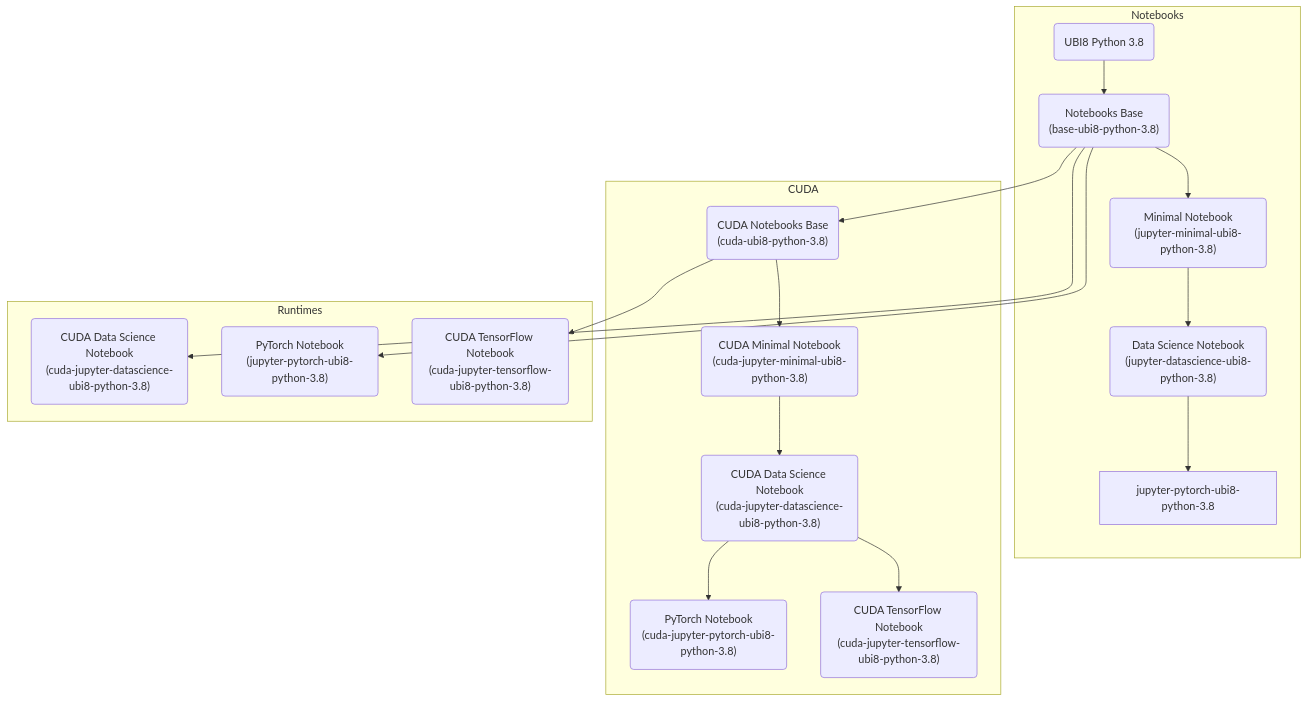
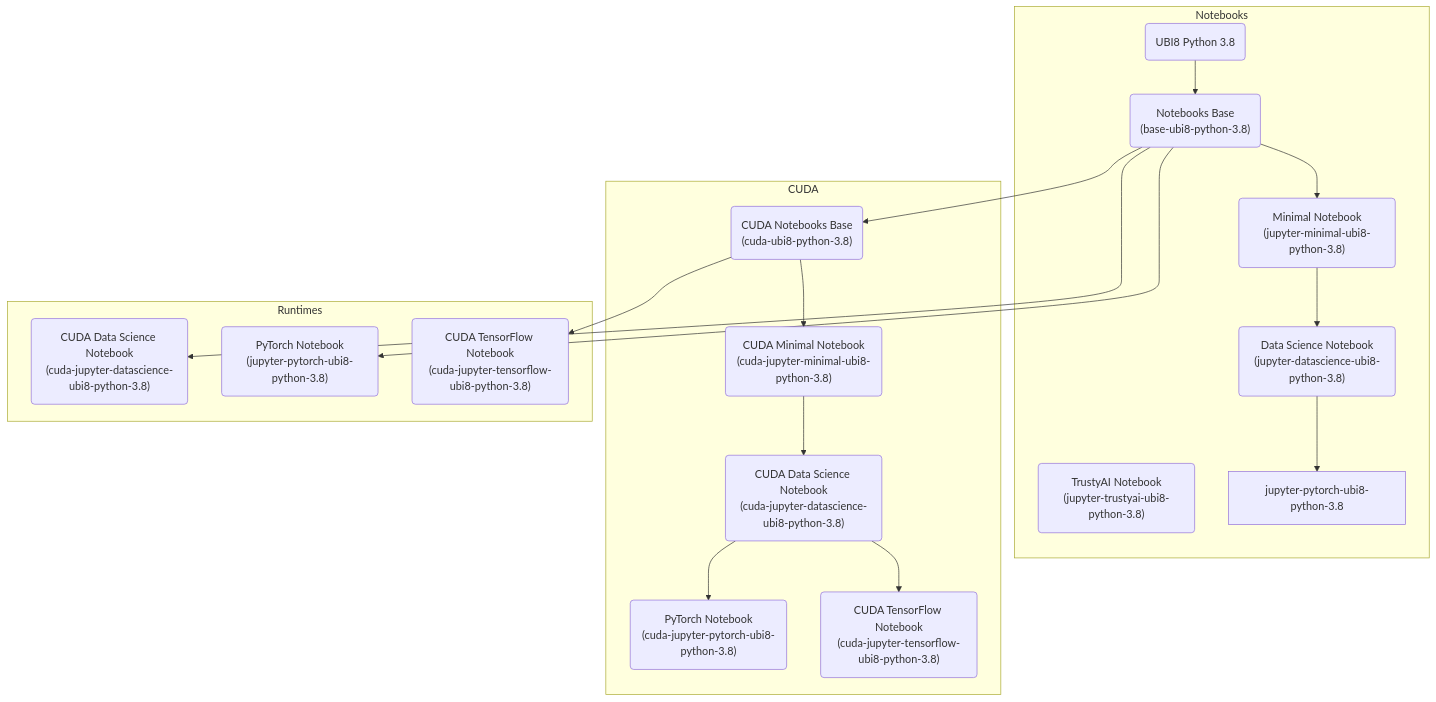
One commit to opendatahub-io/notebooks changed the first of 2 diagrams in README.md. Above: the diagram before and after it, drawn with Mermaid. The commit also changed 6 other files, not shown here.

Commit message:
add trustyai notebook for python 3.8

````diff
--- a/README.md
+++ b/README.md
@@ -11,44 +11,45 @@
 ```mermaid
 graph TB
     subgraph Notebooks
         %% Nodes
         ubi8-python-3.8(UBI8 Python 3.8);
         base-ubi8-python-3.8("Notebooks Base<br/>(base-ubi8-python-3.8)");
         jupyter-minimal-ubi8-python-3.8("Minimal Notebook<br/>(jupyter-minimal-ubi8-python-3.8)");
         jupyter-datascience-ubi8-python-3.8("Data Science Notebook<br/>(jupyter-datascience-ubi8-python-3.8)");
+        jupyter-trustyai-ubi8-python-3.8("TrustyAI Notebook<br/>(jupyter-trustyai-ubi8-python-3.8)");
 
         %% Edges
         ubi8-python-3.8 --> base-ubi8-python-3.8;
         base-ubi8-python-3.8 --> jupyter-minimal-ubi8-python-3.8;
         jupyter-minimal-ubi8-python-3.8 --> jupyter-datascience-ubi8-python-3.8;
         jupyter-datascience-ubi8-python-3.8 --> jupyter-pytorch-ubi8-python-3.8;
     end
 
     subgraph CUDA
         %% Nodes
         cuda-ubi8-python-3.8("CUDA Notebooks Base<br/>(cuda-ubi8-python-3.8)");
         cuda-jupyter-minimal-ubi8-python-3.8("CUDA Minimal Notebook<br/>(cuda-jupyter-minimal-ubi8-python-3.8)");
         cuda-jupyter-datascience-ubi8-python-3.8("CUDA Data Science Notebook<br/>(cuda-jupyter-datascience-ubi8-python-3.8)");
         cuda-jupyter-pytorch-ubi8-python-3.8("PyTorch Notebook<br/>(cuda-jupyter-pytorch-ubi8-python-3.8)");
         cuda-jupyter-tensorflow-ubi8-python-3.8("CUDA TensorFlow Notebook<br/>(cuda-jupyter-tensorflow-ubi8-python-3.8)");
 
         %% Edges
         base-ubi8-python-3.8 --> cuda-ubi8-python-3.8;
         cuda-ubi8-python-3.8 --> cuda-jupyter-minimal-ubi8-python-3.8;
         cuda-jupyter-minimal-ubi8-python-3.8 --> cuda-jupyter-datascience-ubi8-python-3.8;
         cuda-jupyter-datascience-ubi8-python-3.8 --> cuda-jupyter-pytorch-ubi8-python-3.8;
         cuda-jupyter-datascience-ubi8-python-3.8 --> cuda-jupyter-tensorflow-ubi8-python-3.8;
     end
 
     subgraph Runtimes
         %% Nodes
         runtimes-datascience-ubi8-python-3.8("CUDA Data Science Notebook<br/>(cuda-jupyter-datascience-ubi8-python-3.8)");
         runtimes-pytorch-ubi8-python-3.8("PyTorch Notebook<br/>(jupyter-pytorch-ubi8-python-3.8)");
         cuda-runtimes-tensorflow-ubi8-python-3.8("CUDA TensorFlow Notebook<br/>(cuda-jupyter-tensorflow-ubi8-python-3.8)");
 
         %% Edges
         base-ubi8-python-3.8 --> runtimes-datascience-ubi8-python-3.8;
         base-ubi8-python-3.8 --> runtimes-pytorch-ubi8-python-3.8;
         cuda-ubi8-python-3.8 --> cuda-runtimes-tensorflow-ubi8-python-3.8;
     end
 ```
````
